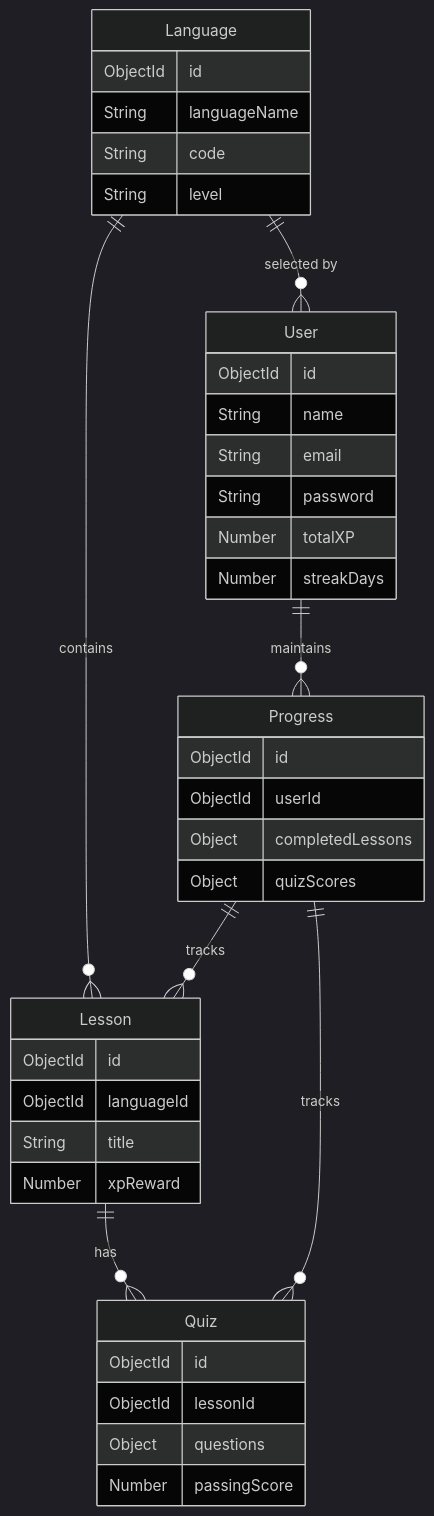
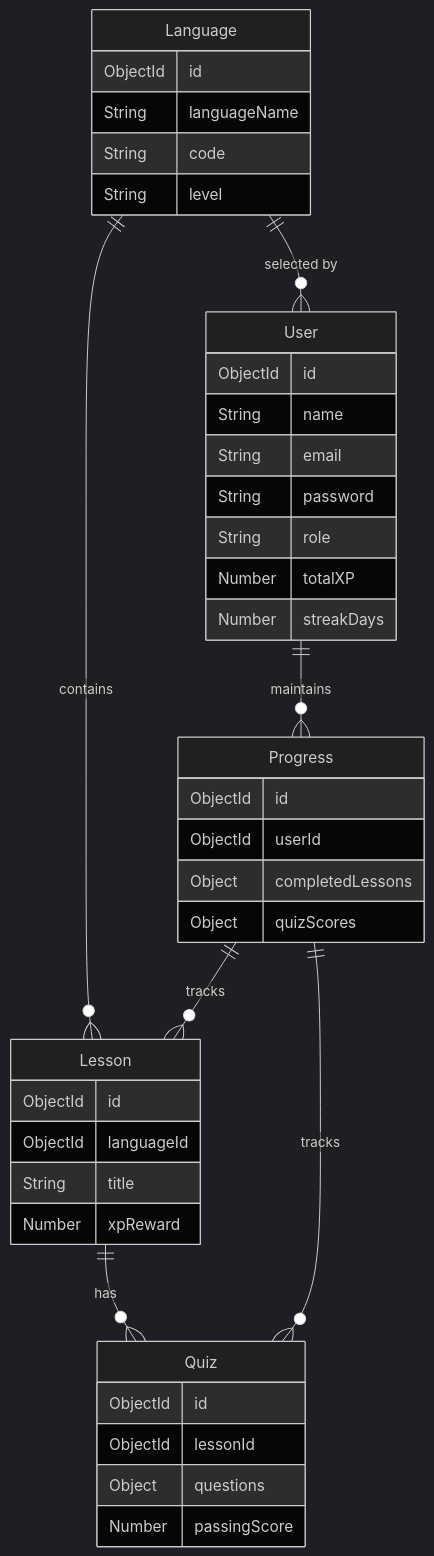
The second of 3 diagrams in report.md (arpan-pramanik/Speakease-FullStack-Project), drawn with Mermaid (dark theme) before and after one commit. The commit also changed other lines of this file and 2 other files, not shown here.

````diff
--- a/report.md
+++ b/report.md
@@ -64,46 +77,47 @@
 ```mermaid
 erDiagram
     User ||--o{ Progress : "maintains"
     Language ||--o{ User : "selected by"
     Language ||--o{ Lesson : "contains"
     Lesson ||--o{ Quiz : "has"
     Progress ||--o{ Lesson : "tracks"
     Progress ||--o{ Quiz : "tracks"
 
     User {
         ObjectId id
         String name
         String email
         String password
+        String role
         Number totalXP
         Number streakDays
     }
     
     Language {
         ObjectId id
         String languageName
         String code
         String level
     }
 
     Lesson {
         ObjectId id
         ObjectId languageId
         String title
         Number xpReward
     }
 
     Quiz {
         ObjectId id
         ObjectId lessonId
         Object questions
         Number passingScore
     }
 
     Progress {
         ObjectId id
         ObjectId userId
         Object completedLessons
         Object quizScores
     }
 ```
````
